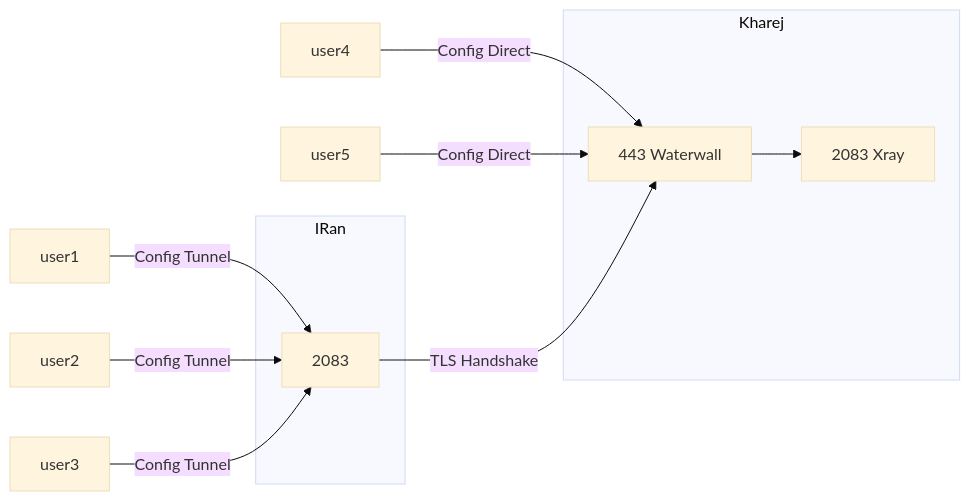
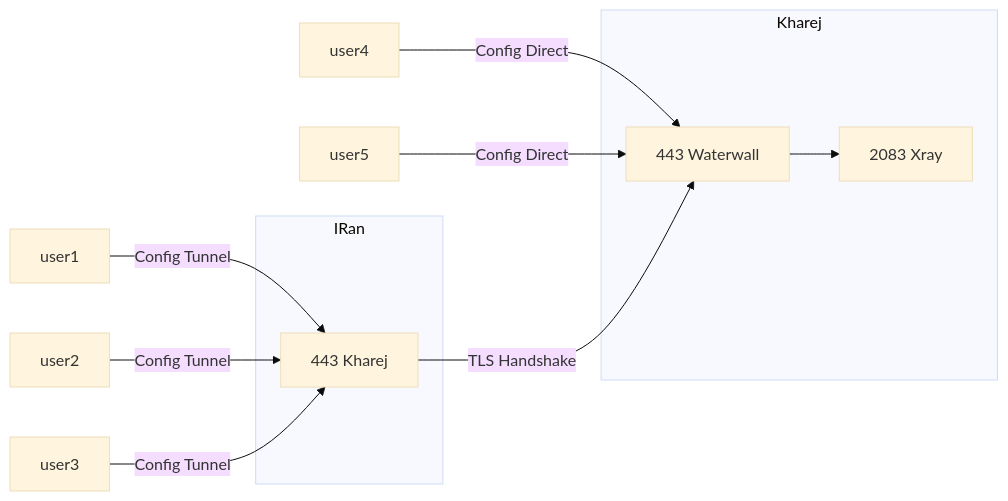
One commit to just-the-docs/just-the-docs-template changed the second of 3 diagrams in Tls-Tunnel.md. Above: the diagram before and after it, drawn with Mermaid (base theme).

````diff
--- a/Tls-Tunnel.md
+++ b/Tls-Tunnel.md
@@ -272,15 +272,15 @@
 ```mermaid
 flowchart LR;
     user1 -- "Config Tunnel" --> A1;
     user2 -- "Config Tunnel" --> A1;
     user3 -- "Config Tunnel" --> A1;
     user4 -- "Config Direct" --> B1;
     user5 -- "Config Direct" --> B1;
     subgraph Kharej;
     B1[443 Waterwall] --> B2;
     B2[2083 Xray];
     end;
     subgraph IRan;
-    A1[2083] -- "TLS Handshake" --> B1;
+    A1[443 Kharej] -- "TLS Handshake" --> B1;
     end;
 ```
````
